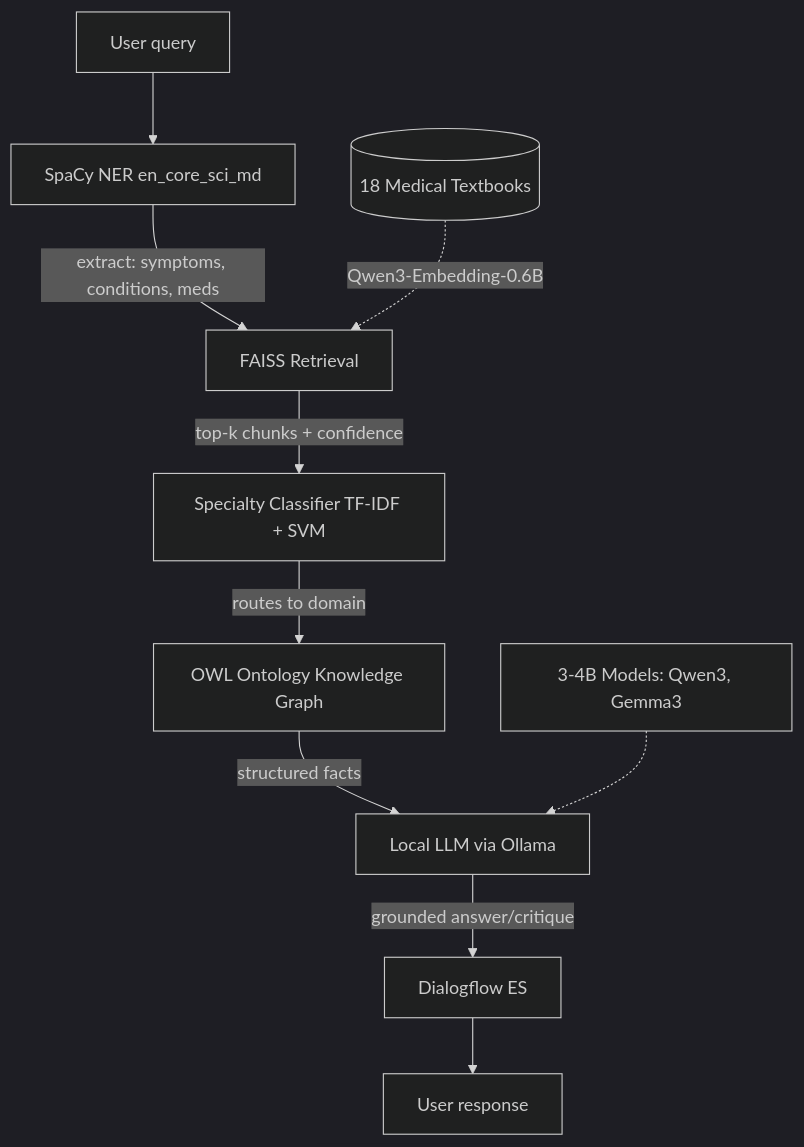
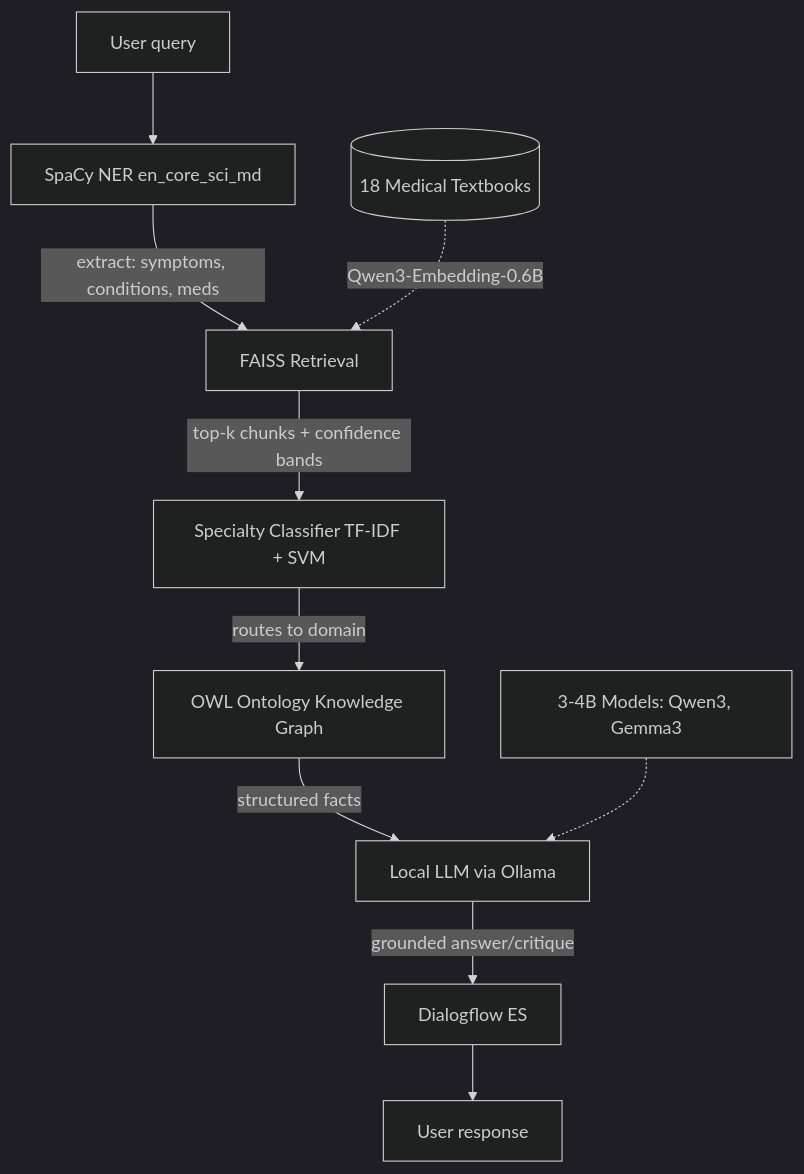
The diagram in README.md (jaxendutta/emma), drawn with Mermaid (dark theme) before and after one commit. The commit also changed other lines of this file, not shown here.

````diff
--- a/README.md
+++ b/README.md
@@ -16,12 +23,12 @@
 ```mermaid
 graph TD
     A[User query] --> B[SpaCy NER en_core_sci_md]
     B -->|extract: symptoms, conditions, meds| C[FAISS Retrieval]
     D[(18 Medical Textbooks)] -.->|Qwen3-Embedding-0.6B| C
-    C -->|top-k chunks + confidence| E[Specialty Classifier TF-IDF + SVM]
+    C -->|top-k chunks + confidence bands| E[Specialty Classifier TF-IDF + SVM]
     E -->|routes to domain| F[OWL Ontology Knowledge Graph]
     F -->|structured facts| G[Local LLM via Ollama]
     H[3-4B Models: Qwen3, Gemma3] -.-> G
     G -->|grounded answer/critique| I[Dialogflow ES]
     I --> J[User response]
 ```
````
